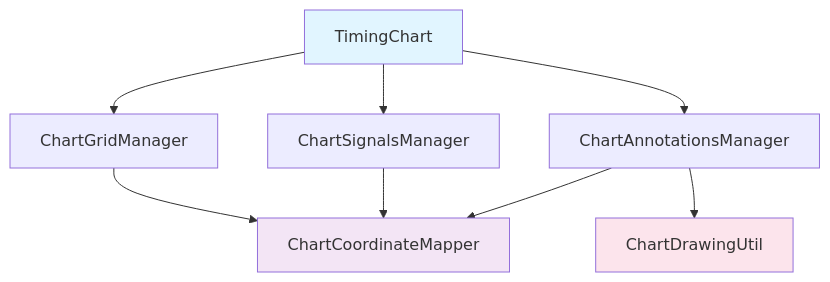
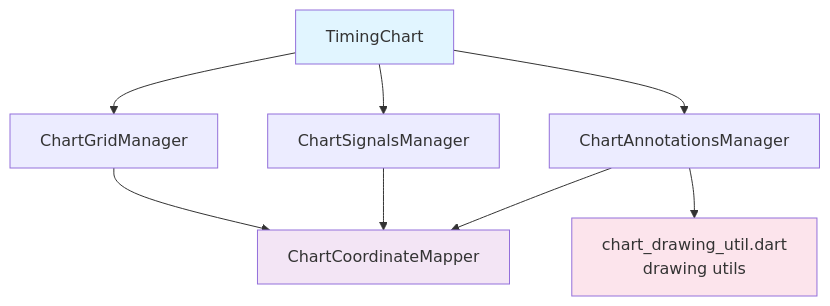
Before and after one commit to visco-ysugimoto/TimingChart: the diagram in widgets_flowcharts/chart/README.md, drawn with Mermaid. The commit also changed other lines of this file and 35 other files, not shown here.

Commit message:
Update timing chart editing and flowchart docs

````diff
--- a/widgets_flowcharts/chart/README.md
+++ b/widgets_flowcharts/chart/README.md
@@ -16,15 +16,15 @@
 ```mermaid
 flowchart TD
     A[TimingChart] --> B[ChartGridManager]
     A --> C[ChartSignalsManager]
     A --> D[ChartAnnotationsManager]
     
     B --> E[ChartCoordinateMapper]
     C --> E
     D --> E
-    D --> F[ChartDrawingUtil]
+    D --> F[chart_drawing_util.dart<br/>drawing utils]
     
     style A fill:#e1f5ff
     style E fill:#f3e5f5
     style F fill:#fce4ec
 ```
````
